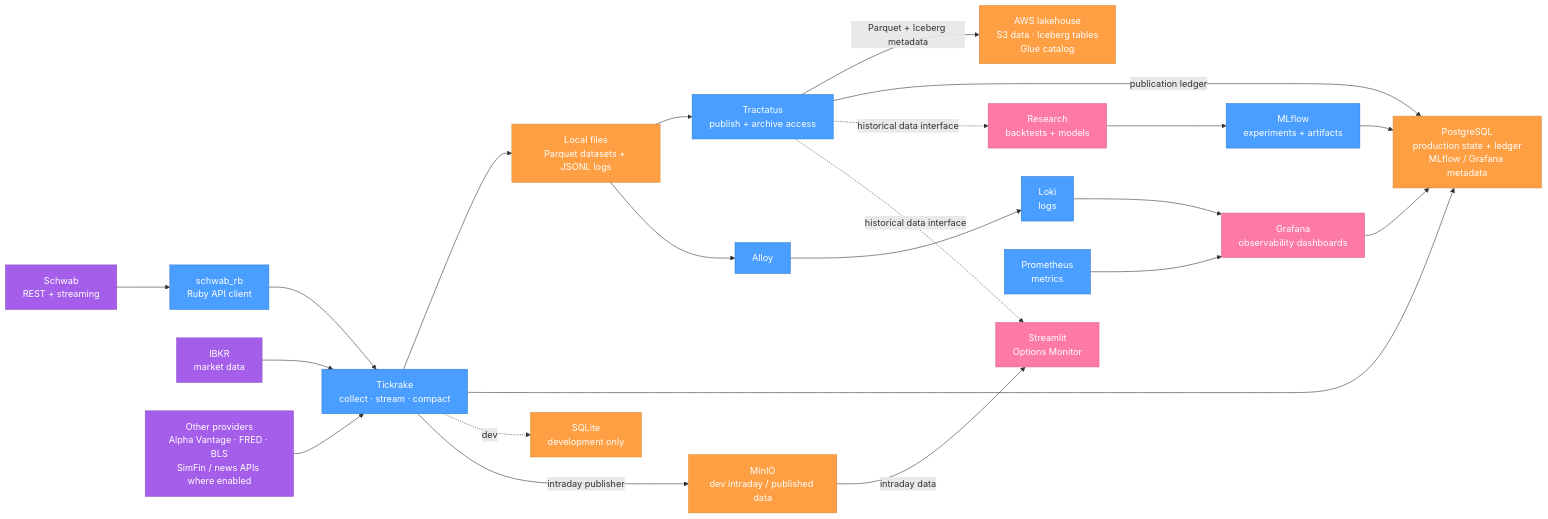
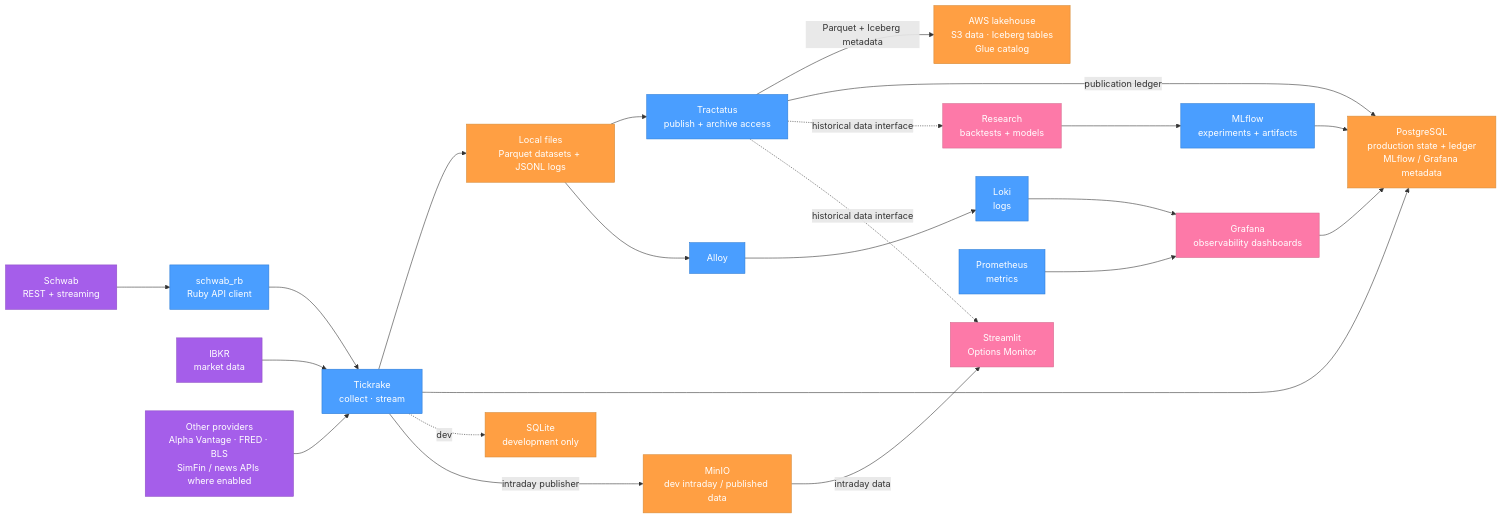
The diagram in docs/architecture-diagram.md (jwplatta/quant-infra), drawn with Mermaid before and after one commit. The commit also changed 7 other files, not shown here.

````diff
--- a/docs/architecture-diagram.md
+++ b/docs/architecture-diagram.md
@@ -5,53 +5,53 @@
 ```mermaid
 flowchart LR
     schwab["Schwab<br/>REST + streaming"]
     schwabrb["schwab_rb<br/>Ruby API client"]
     ibkr["IBKR<br/>market data"]
     otherSources["Other providers<br/>Alpha Vantage · FRED · BLS<br/>SimFin / news APIs where enabled"]
-    tickrake["Tickrake<br/>collect · stream · compact"]
+    tickrake["Tickrake<br/>collect · stream"]
     localfs["Local files<br/>Parquet datasets + JSONL logs"]
     minio["MinIO<br/>dev intraday / published data"]
     tractatus["Tractatus<br/>publish + archive access"]
     lakehouse["AWS lakehouse<br/>S3 data · Iceberg tables<br/>Glue catalog"]
 
     research["Research<br/>backtests + models"]
     mlflow["MLflow<br/>experiments + artifacts"]
     trading["Streamlit<br/>Options Monitor"]
 
     postgres["PostgreSQL<br/>production state + ledger<br/>MLflow / Grafana metadata"]
     sqlite["SQLite<br/>development only"]
     alloy["Alloy"]
     loki["Loki<br/>logs"]
     prometheus["Prometheus<br/>metrics"]
     grafana["Grafana<br/>observability dashboards"]
 
     schwab --> schwabrb --> tickrake
     ibkr --> tickrake
     otherSources --> tickrake
     tickrake --> localfs
     tickrake --> postgres
     tickrake -. dev .-> sqlite
     tickrake -->|"intraday publisher"| minio
     localfs --> tractatus
     tractatus -->|"Parquet + Iceberg metadata"| lakehouse
     tractatus -->|"publication ledger"| postgres
     tractatus -. "historical data interface" .-> research
     tractatus -. "historical data interface" .-> trading
     minio -->|"intraday data"| trading
     research --> mlflow
     mlflow --> postgres
     localfs --> alloy --> loki
     loki --> grafana
     prometheus --> grafana
     grafana --> postgres
 
     classDef user fill:#fd79a8,stroke:#d66a8e,color:#fff
     classDef service fill:#4a9eff,stroke:#2d7cd6,color:#fff
     classDef data fill:#ff9f43,stroke:#d68c3a,color:#fff
     classDef dependency fill:#a55eea,stroke:#8e4ec6,color:#fff
 
     class research,trading,grafana user
     class tickrake,schwabrb,tractatus,mlflow,alloy,loki,prometheus service
     class postgres,sqlite,localfs,minio,lakehouse data
     class schwab,ibkr,otherSources dependency
 ```
````
